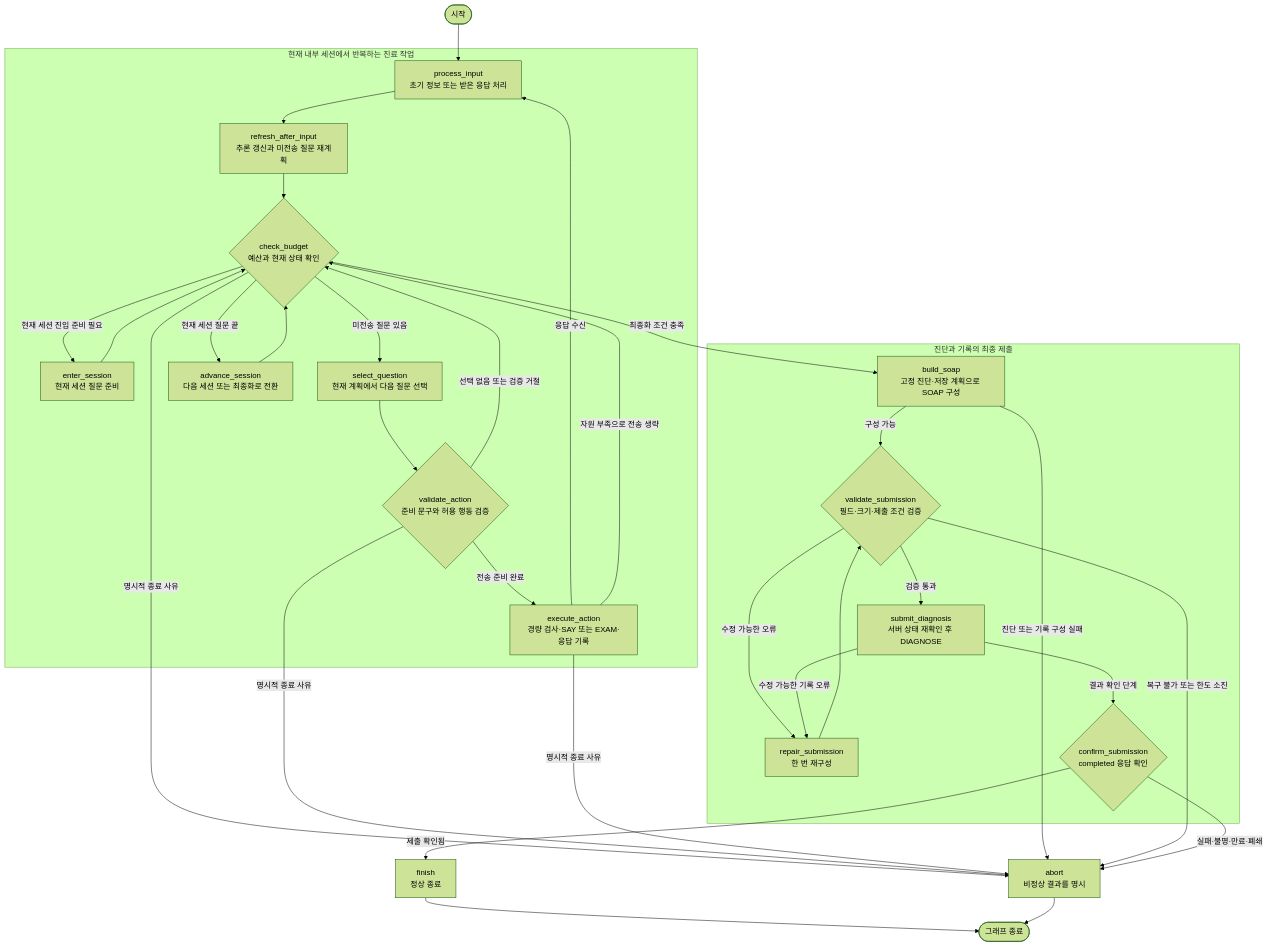
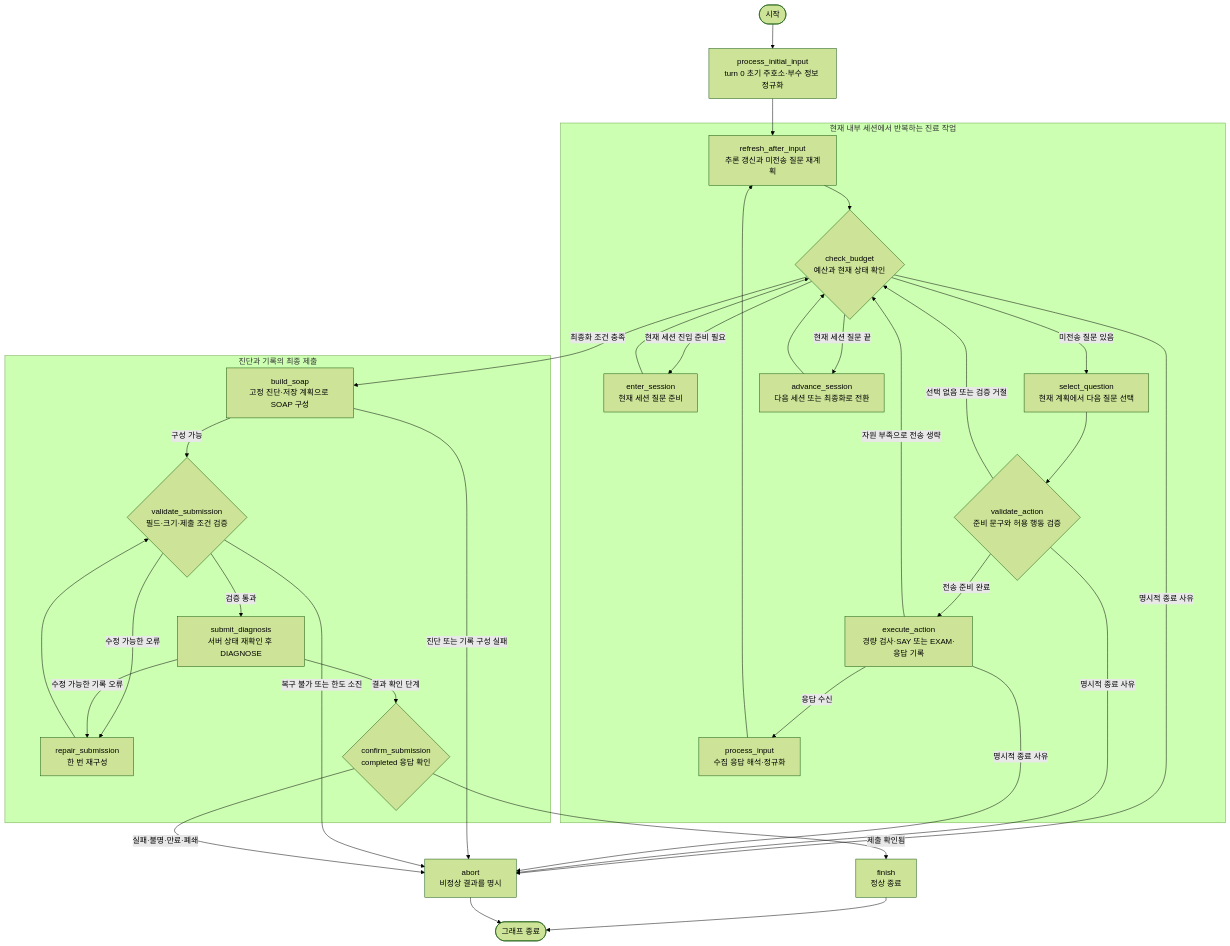
Before and after one commit to devRestain/Ontoward: the first of 16 diagrams in submission/README.md, drawn with Mermaid (forest theme). The commit also changed other lines of this file and 37 other files, not shown here.

````diff
--- a/submission/README.md
+++ b/submission/README.md
@@ -65,36 +65,37 @@
 ```mermaid
 flowchart TD
-    START([시작]) --> process_input["process_input<br/>초기 정보 또는 받은 응답 처리"]
+    START([시작]) --> process_initial_input["process_initial_input<br/>turn 0 초기 주호소·부수 정보 정규화"]
+    process_initial_input --> refresh_after_input
     subgraph Loop["현재 내부 세션에서 반복하는 진료 작업"]
-        process_input --> refresh_after_input["refresh_after_input<br/>추론 갱신과 미전송 질문 재계획"]
+        process_input["process_input<br/>수집 응답 해석·정규화"] --> refresh_after_input["refresh_after_input<br/>추론 갱신과 미전송 질문 재계획"]
         refresh_after_input --> check_budget{"check_budget<br/>예산과 현재 상태 확인"}
         check_budget -->|현재 세션 진입 준비 필요| enter_session["enter_session<br/>현재 세션 질문 준비"]
         enter_session --> check_budget
         check_budget -->|미전송 질문 있음| select_question["select_question<br/>현재 계획에서 다음 질문 선택"]
         check_budget -->|현재 세션 질문 끝| advance_session["advance_session<br/>다음 세션 또는 최종화로 전환"]
         advance_session --> check_budget
         select_question --> validate_action{"validate_action<br/>준비 문구와 허용 행동 검증"}
         validate_action -->|선택 없음 또는 검증 거절| check_budget
         validate_action -->|전송 준비 완료| execute_action["execute_action<br/>경량 검사·SAY 또는 EXAM·응답 기록"]
         execute_action -->|응답 수신| process_input
         execute_action -->|자원 부족으로 전송 생략| check_budget
     end
     check_budget -->|최종화 조건 충족| build_soap
     subgraph Submission["진단과 기록의 최종 제출"]
         build_soap["build_soap<br/>고정 진단·저장 계획으로 SOAP 구성"] -->|구성 가능| validate_submission{"validate_submission<br/>필드·크기·제출 조건 검증"}
         validate_submission -->|수정 가능한 오류| repair_submission["repair_submission<br/>한 번 재구성"]
         repair_submission --> validate_submission
         validate_submission -->|검증 통과| submit_diagnosis["submit_diagnosis<br/>서버 상태 재확인 후 DIAGNOSE"]
         submit_diagnosis -->|수정 가능한 기록 오류| repair_submission
         submit_diagnosis -->|결과 확인 단계| confirm_submission{"confirm_submission<br/>completed 응답 확인"}
     end
     check_budget -->|명시적 종료 사유| abort
     validate_action -->|명시적 종료 사유| abort
     execute_action -->|명시적 종료 사유| abort
     build_soap -->|진단 또는 기록 구성 실패| abort
     validate_submission -->|복구 불가 또는 한도 소진| abort
     confirm_submission -->|제출 확인됨| finish["finish<br/>정상 종료"]
     confirm_submission -->|실패·불명·만료·폐쇄| abort["abort<br/>비정상 결과를 명시"]
     finish --> END([그래프 종료])
     abort --> END
 ```
````
